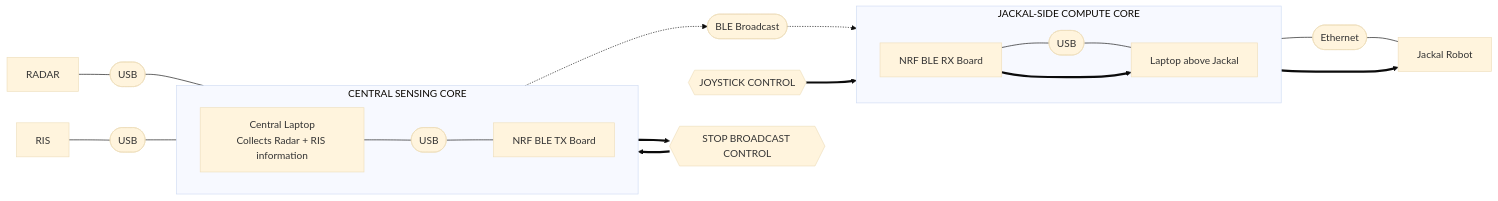
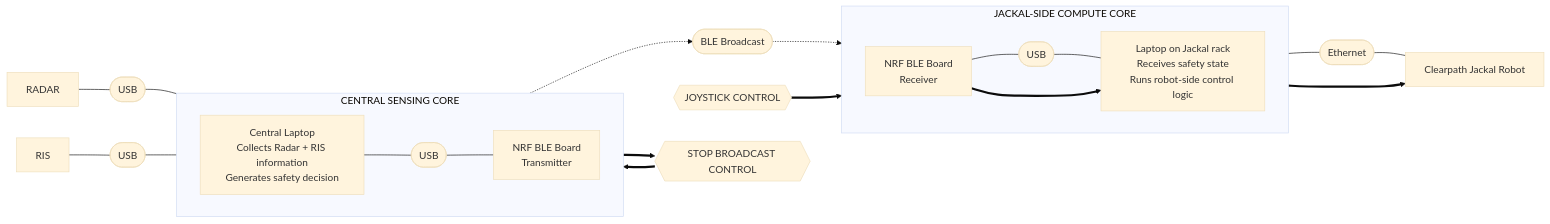
One commit to kirolossedra/RIS-Robotics changed the diagram in system/system.md. Above: the diagram before and after it, drawn with Mermaid (base theme). The commit also changed other lines of this file, not shown here.

Commit message:
Restructure system design around one full-system diagram

````diff
--- a/system/system.md
+++ b/system/system.md
@@ -525,50 +39,47 @@
 ```mermaid
 flowchart LR
 
     RADAR["RADAR"]
     RIS["RIS"]
 
     subgraph CENTRAL["CENTRAL SENSING CORE"]
         direction LR
-
-        CL["Central Laptop<br/>Collects Radar + RIS information"]
+        CL["Central Laptop<br/>Collects Radar + RIS information<br/>Generates safety decision"]
         UTX(["USB"])
-        TX["NRF BLE TX Board"]
-
+        TX["NRF BLE Board<br/>Transmitter"]
         CL --- UTX --- TX
     end
 
     BLE(["BLE Broadcast"])
 
     subgraph MOBILE["JACKAL-SIDE COMPUTE CORE"]
         direction LR
-
-        RX["NRF BLE RX Board"]
+        RX["NRF BLE Board<br/>Receiver"]
         URX(["USB"])
-        JL["Laptop above Jackal"]
-
+        JL["Laptop on Jackal rack<br/>Receives safety state<br/>Runs robot-side control logic"]
         RX --- URX --- JL
     end
 
     ETH(["Ethernet"])
-    JACKAL["Jackal Robot"]
+    JACKAL["Clearpath Jackal Robot"]
+
+    RUSB(["USB"])
+    IUSB(["USB"])
 
     JOY{{"JOYSTICK CONTROL"}}
     STOP{{"STOP BROADCAST CONTROL"}}
 
-    RUSB(["USB"])
-    IUSB(["USB"])
-
     RADAR --- RUSB --- CL
     RIS --- IUSB --- CL
 
+    CL ==> STOP
+    STOP ==> TX
+
     TX -.-> BLE -.-> RX
 
+    RX ==> JL
+    JOY ==> JL
+
     JL --- ETH --- JACKAL
-
-    JOY ==> JL
-    CL ==> STOP
-    STOP ==> TX
-    RX ==> JL
     JL ==> JACKAL
 ```
````
